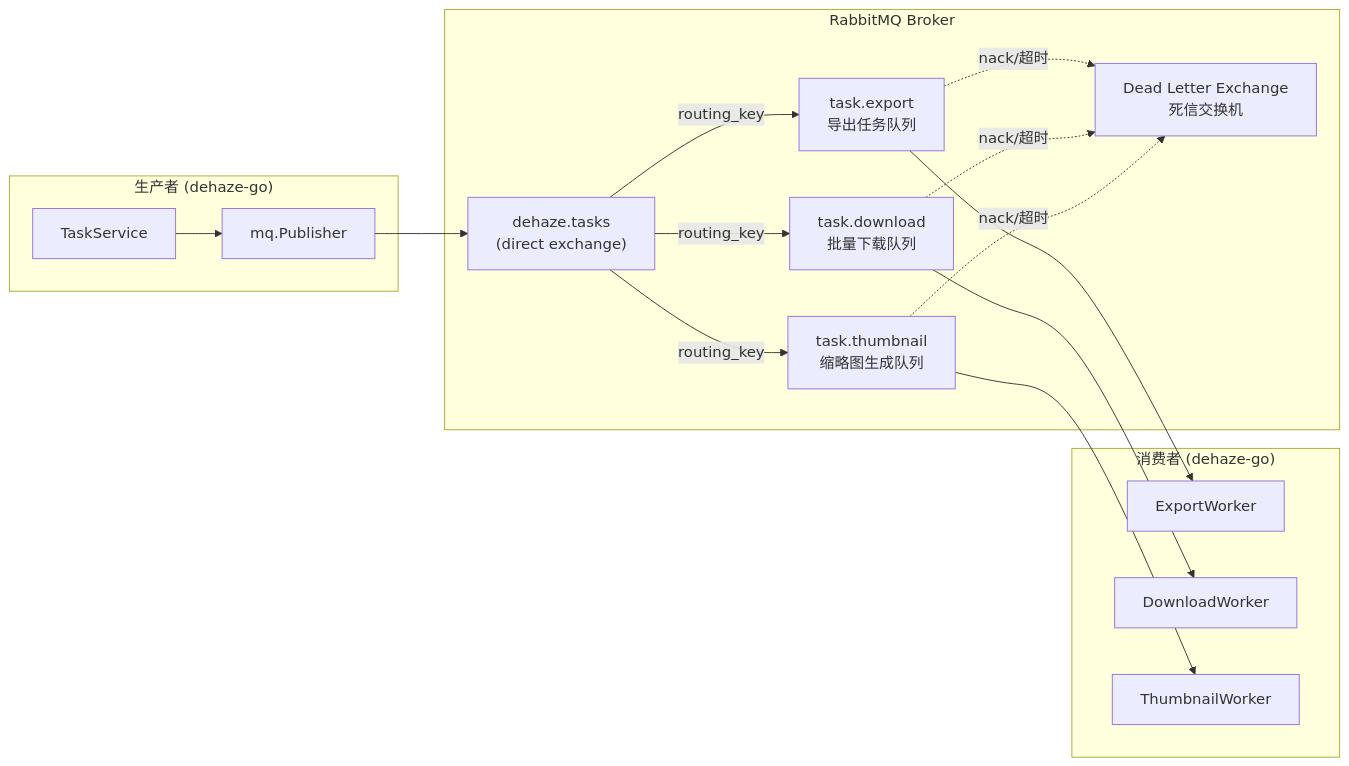
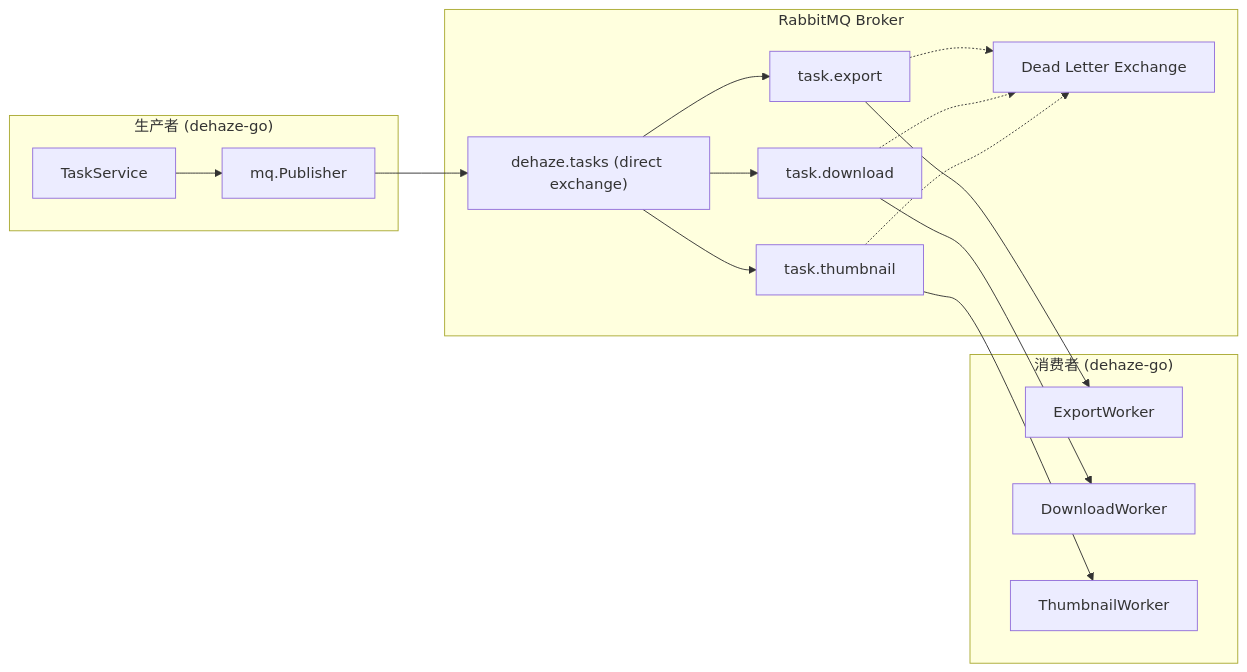
One commit to earthy-zinc/dehaze-system changed the sixth of 7 diagrams in dehaze-doc/docs/04-项目实现/后端/02-Go架构文档.md. Above: the diagram before and after it, drawn with Mermaid. The commit also changed other lines of this file and 755 other files, not shown here.

````diff
--- a/dehaze-doc/docs/04-项目实现/后端/02-Go架构文档.md
+++ b/dehaze-doc/docs/04-项目实现/后端/02-Go架构文档.md
@@ -653,33 +254,30 @@
 ```mermaid
 flowchart LR
     subgraph Producer["生产者 (dehaze-go)"]
         TaskService["TaskService"]
         Publisher["mq.Publisher"]
     end
 
     subgraph RabbitMQ["RabbitMQ Broker"]
-        Exchange["dehaze.tasks<br/>(direct exchange)"]
-        Q1["task.export<br/>导出任务队列"]
-        Q2["task.download<br/>批量下载队列"]
-        Q3["task.thumbnail<br/>缩略图生成队列"]
-        DLX["Dead Letter Exchange<br/>死信交换机"]
+        Exchange["dehaze.tasks (direct exchange)"]
+        Q1["task.export"]
+        Q2["task.download"]
+        Q3["task.thumbnail"]
+        DLX["Dead Letter Exchange"]
     end
 
     subgraph Consumer["消费者 (dehaze-go)"]
         Worker1["ExportWorker"]
         Worker2["DownloadWorker"]
         Worker3["ThumbnailWorker"]
     end
 
     TaskService --> Publisher
     Publisher --> Exchange
-    Exchange -->|"routing_key"| Q1
-    Exchange -->|"routing_key"| Q2
-    Exchange -->|"routing_key"| Q3
-    Q1 --> Worker1
-    Q2 --> Worker2
-    Q3 --> Worker3
-    Q1 -.->|"nack/超时"| DLX
-    Q2 -.->|"nack/超时"| DLX
-    Q3 -.->|"nack/超时"| DLX
+    Exchange --> Q1 --> Worker1
+    Exchange --> Q2 --> Worker2
+    Exchange --> Q3 --> Worker3
+    Q1 -.-> DLX
+    Q2 -.-> DLX
+    Q3 -.-> DLX
 ```
````
